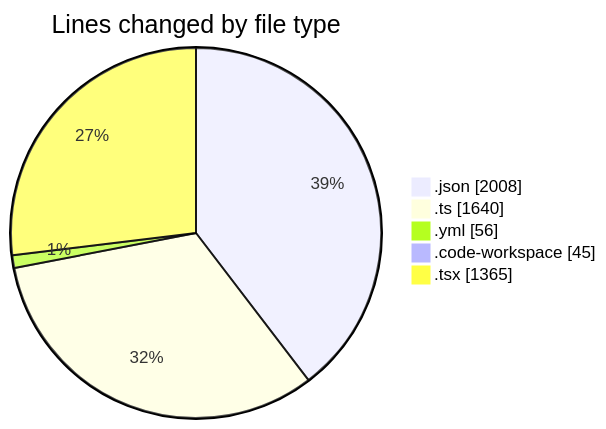
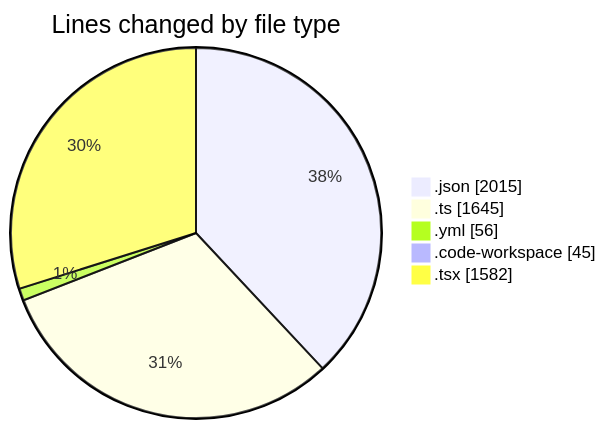
Before and after one commit to julien-gomy/code-tracking: the first of 2 diagrams in 2025-11-25/eventscop-frontend-guide__workspace_/README.md, drawn with Mermaid. The commit also changed other lines of this file and 1 other file, not shown here.

````diff
--- a/2025-11-25/eventscop-frontend-guide__workspace_/README.md
+++ b/2025-11-25/eventscop-frontend-guide__workspace_/README.md
@@ -35,9 +36,9 @@
 ```mermaid
 pie showData
 title Lines changed by file type
-".json" : 2008
-".ts" : 1640
+".json" : 2015
+".ts" : 1645
 ".yml" : 56
 ".code-workspace" : 45
-".tsx" : 1365
+".tsx" : 1582
 ```
````
